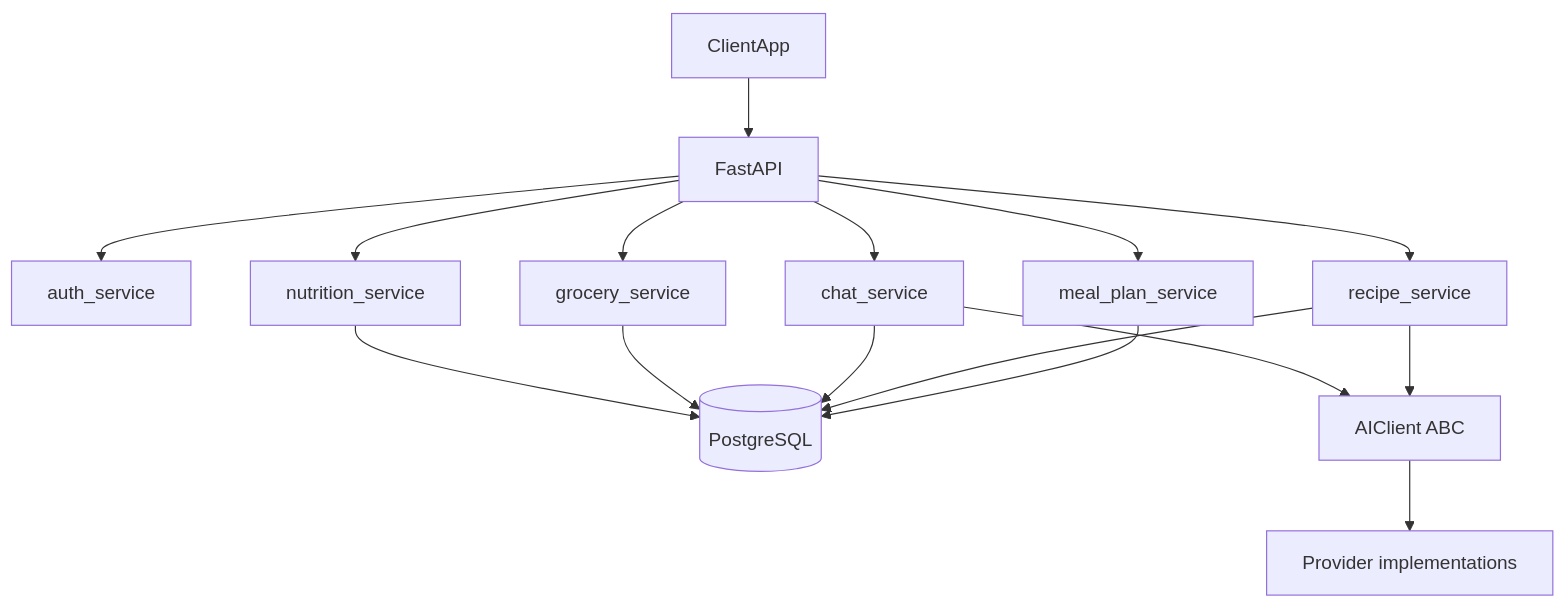
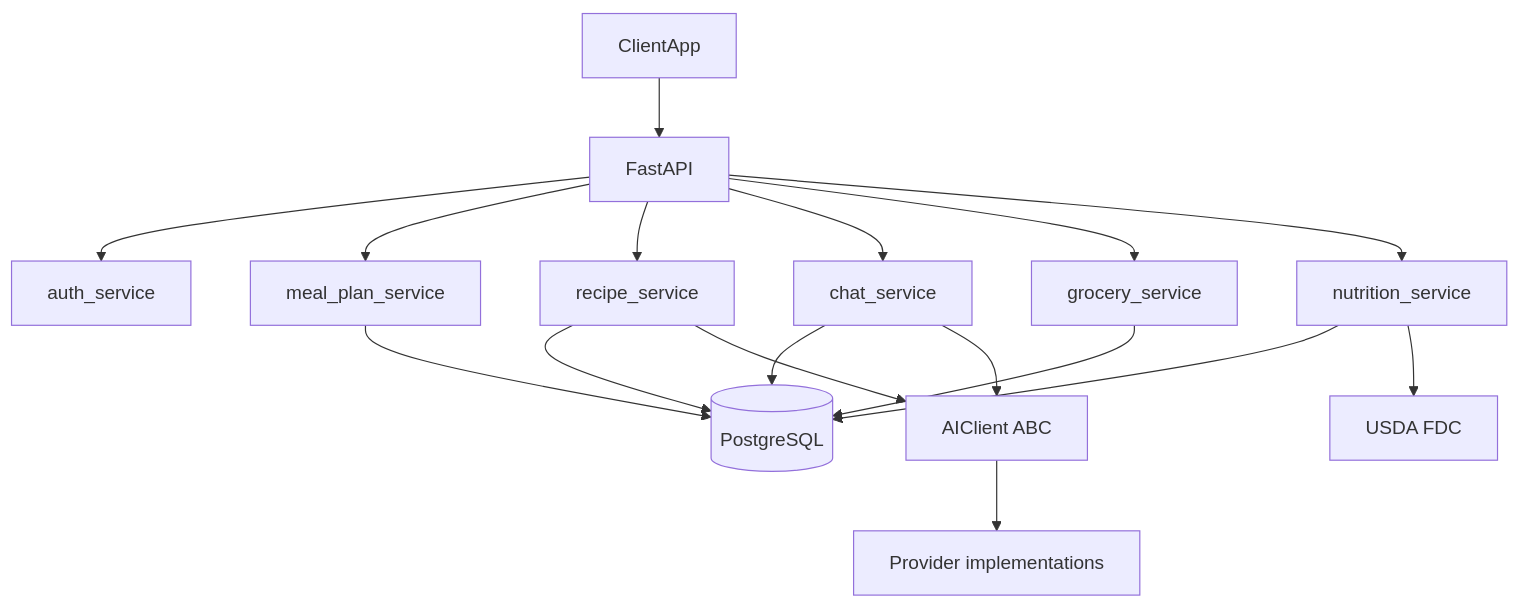
Before and after one commit to ddpacker/fastapi-meal-planner-backend: the diagram in docs/ARCHITECTURE.md, drawn with Mermaid. The commit also changed other lines of this file and 29 other files, not shown here.

Commit message:
feat(nutrition): create nutrition service using usda fdc api (#33)

````diff
--- a/docs/ARCHITECTURE.md
+++ b/docs/ARCHITECTURE.md
@@ -12,20 +12,21 @@
 ```mermaid
 flowchart TD
   client[ClientApp] --> api[FastAPI]
   api --> authService[auth_service]
   api --> mealService[meal_plan_service]
   api --> recipeService[recipe_service]
   api --> chatService[chat_service]
   api --> groceryService[grocery_service]
   api --> nutritionService[nutrition_service]
 
   mealService --> db[(PostgreSQL)]
   recipeService --> db
   chatService --> db
   groceryService --> db
   nutritionService --> db
+  nutritionService --> usdaClient[USDA FDC]
 
   recipeService --> aiClient[AIClient ABC]
   chatService --> aiClient
   aiClient --> providerImpl[Provider implementations]
 ```
````
